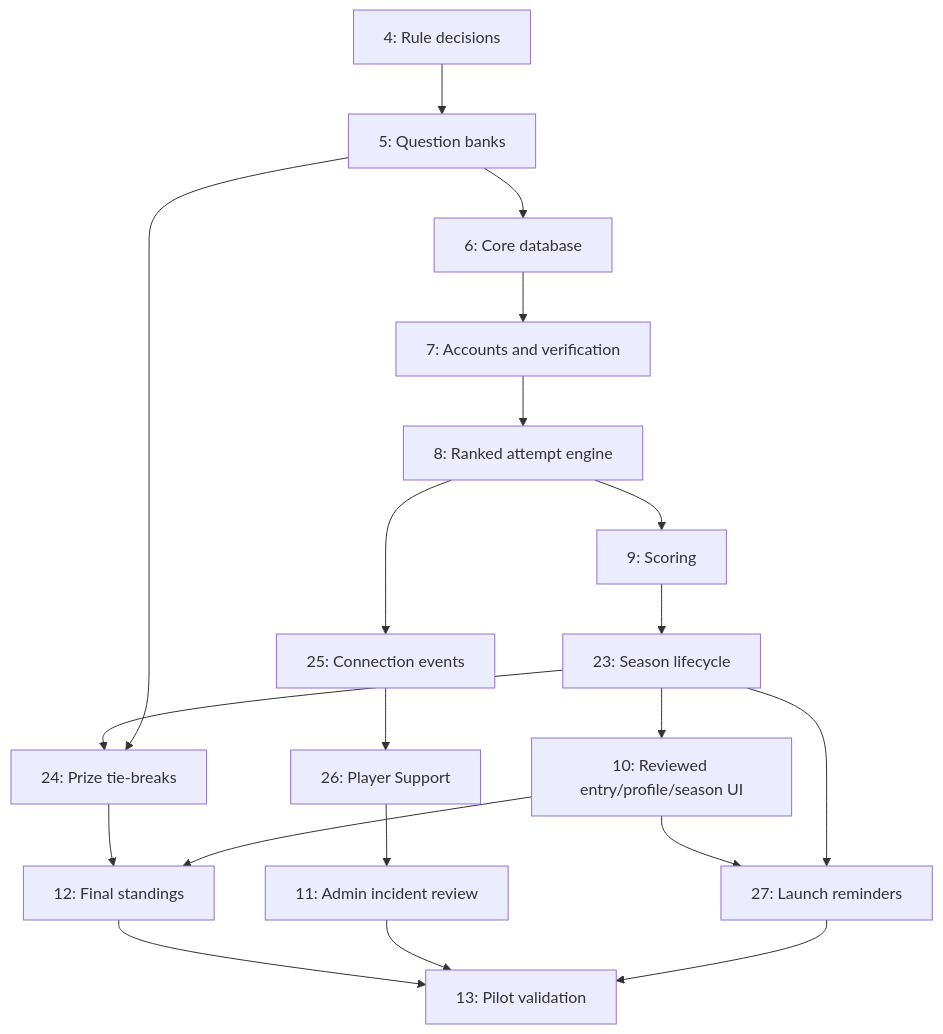
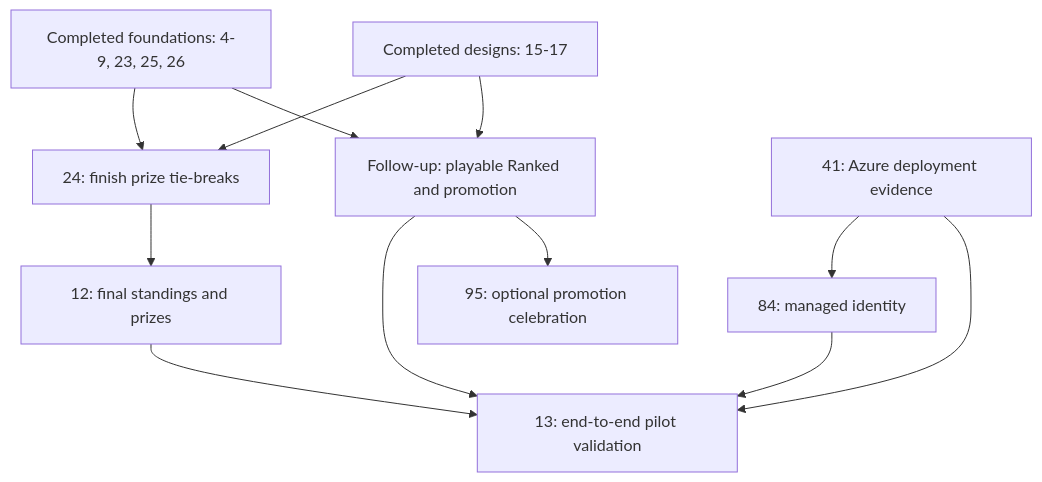
Before and after one commit to renilsonjr/Sort-Tester-Live: the diagram in docs/superpowers/plans/2026-11-06-ranked-roadmap.md, drawn with Mermaid. The commit also changed other lines of this file, not shown here.

Commit message:
docs: refresh roadmap status and remove withdrawn email work

````diff
--- a/docs/superpowers/plans/2026-11-06-ranked-roadmap.md
+++ b/docs/superpowers/plans/2026-11-06-ranked-roadmap.md
@@ -56,22 +75,14 @@
 ```mermaid
 flowchart TD
-  R[4: Rule decisions] --> Q[5: Question banks]
-  Q --> D[6: Core database]
-  D --> A[7: Accounts and verification]
-  A --> E[8: Ranked attempt engine]
-  E --> S[9: Scoring]
-  S --> L[23: Season lifecycle]
-  E --> C[25: Connection events]
-  C --> T[26: Player Support]
-  T --> M[11: Admin incident review]
-  L --> U[10: Reviewed entry/profile/season UI]
-  L --> B[24: Prize tie-breaks]
-  Q --> B
-  B --> K[12: Final standings]
-  U --> K
-  U --> N[27: Launch reminders]
-  L --> N
-  K --> P[13: Pilot validation]
-  M --> P
-  N --> P
+  F[Completed foundations: 4-9, 23, 25, 26] --> T[24: finish prize tie-breaks]
+  D[Completed designs: 15-17] --> T
+  F --> R[Follow-up: playable Ranked and promotion]
+  D --> R
+  T --> L[12: final standings and prizes]
+  R --> P[13: end-to-end pilot validation]
+  L --> P
+  H[41: Azure deployment evidence] --> I[84: managed identity]
+  H --> P
+  I --> P
+  R --> C[95: optional promotion celebration]
 ```
````
